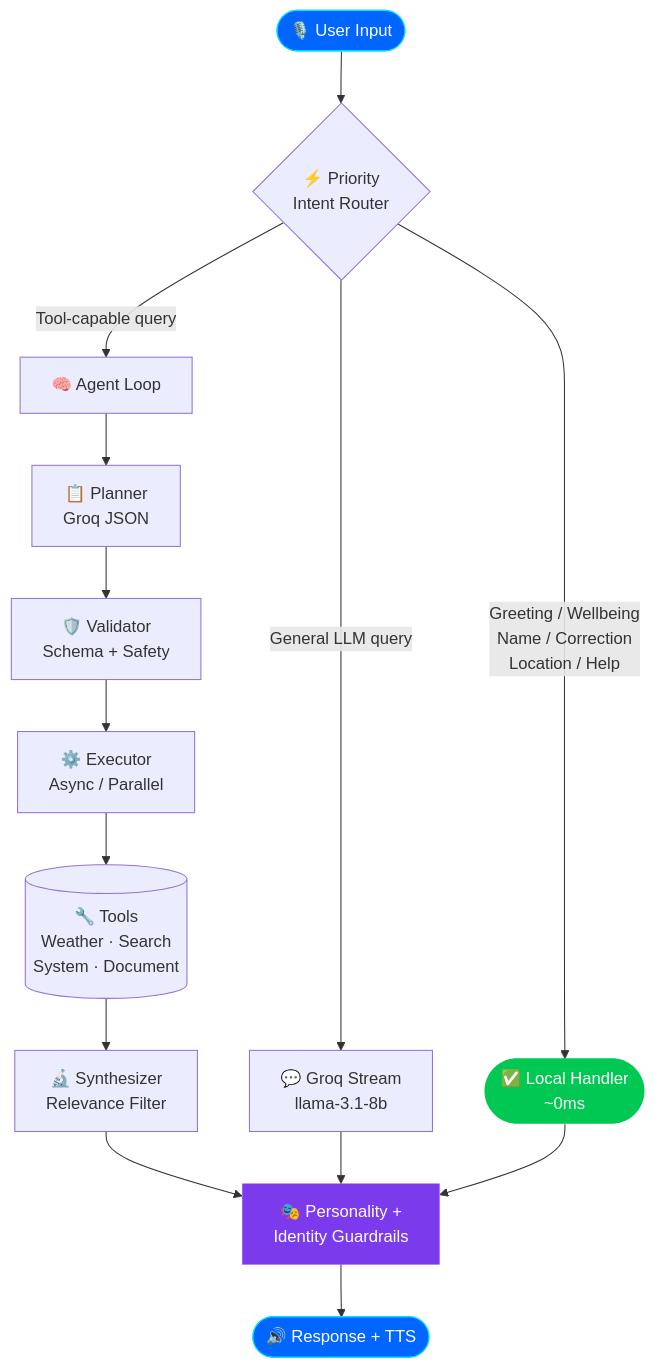
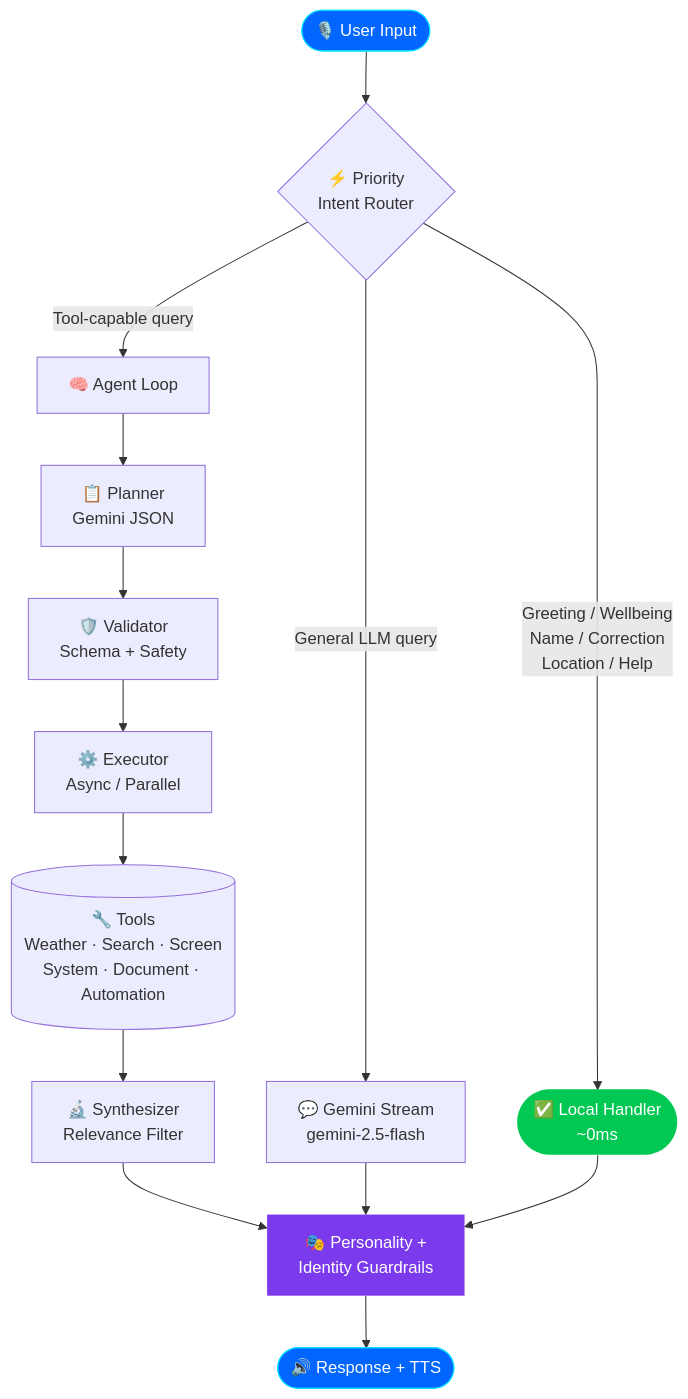
The first of 3 diagrams in README.md (deepakrakshit/jarvis), drawn with Mermaid before and after one commit. The commit also changed other lines of this file and 11 other files, not shown here.

````diff
--- a/README.md
+++ b/README.md
@@ -111,21 +115,21 @@
 ```mermaid
 flowchart TD
     A(["🎙️ User Input"]) --> B{"⚡ Priority\nIntent Router"}
     B -->|"Greeting / Wellbeing\nName / Correction\nLocation / Help"| C(["✅ Local Handler\n~0ms"])
     B -->|"Tool-capable query"| D["🧠 Agent Loop"]
-    D --> E["📋 Planner\nGroq JSON"]
+    D --> E["📋 Planner\nGemini JSON"]
     E --> F["🛡️ Validator\nSchema + Safety"]
     F --> G["⚙️ Executor\nAsync / Parallel"]
-    G --> H[("🔧 Tools\nWeather · Search\nSystem · Document")]
+    G --> H[("🔧 Tools\nWeather · Search · Screen\nSystem · Document · Automation")]
     H --> I["🔬 Synthesizer\nRelevance Filter"]
-    B -->|"General LLM query"| J["💬 Groq Stream\nllama-3.1-8b"]
+    B -->|"General LLM query"| J["💬 Gemini Stream\ngemini-2.5-flash"]
     I --> K["🎭 Personality +\nIdentity Guardrails"]
     J --> K
     C --> K
     K --> L(["🔊 Response + TTS"])
 
     style A fill:#0066ff,color:#fff,stroke:#00e1ff
     style L fill:#0066ff,color:#fff,stroke:#00e1ff
     style C fill:#00C853,color:#fff,stroke:none
     style K fill:#7C3AED,color:#fff,stroke:none
 ```
````
